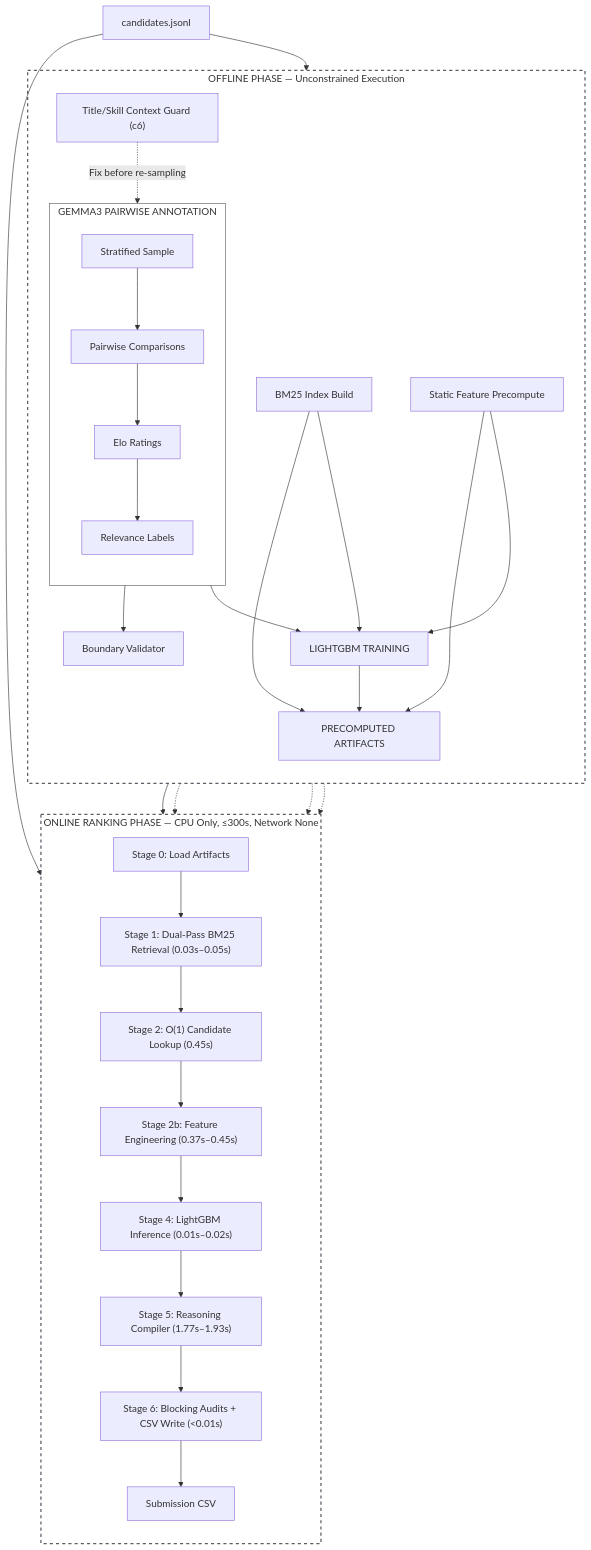
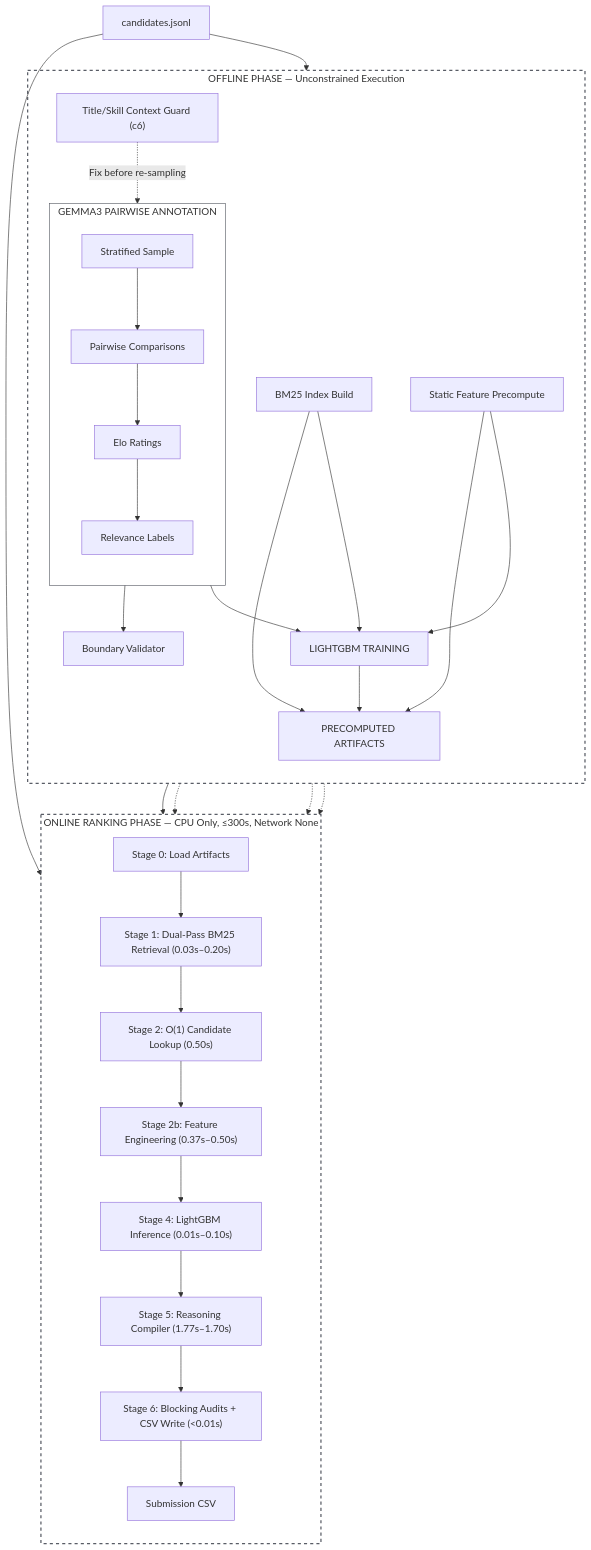
The diagram in README.md (Pranjal1342/-LLM-Trained-LambdaRank-Candidate-Engine), drawn with Mermaid before and after one commit. The commit also changed other lines of this file and 1 other file, not shown here.

```diff
--- a/README.md
+++ b/README.md
@@ -84,11 +84,11 @@
         direction TB
         
         stage_0["Stage 0: Load Artifacts"]
-        stage_1["Stage 1: Dual-Pass BM25 Retrieval (0.03s–0.05s)"]
-        stage_2["Stage 2: O(1) Candidate Lookup (0.45s)"]
-        stage_2b["Stage 2b: Feature Engineering (0.37s–0.45s)"]
-        stage_4["Stage 4: LightGBM Inference (0.01s–0.02s)"]
-        stage_5["Stage 5: Reasoning Compiler (1.77s–1.93s)"]
+        stage_1["Stage 1: Dual-Pass BM25 Retrieval (0.03s–0.20s)"]
+        stage_2["Stage 2: O(1) Candidate Lookup (0.50s)"]
+        stage_2b["Stage 2b: Feature Engineering (0.37s–0.50s)"]
+        stage_4["Stage 4: LightGBM Inference (0.01s–0.10s)"]
+        stage_5["Stage 5: Reasoning Compiler (1.77s–1.70s)"]
         stage_6["Stage 6: Blocking Audits + CSV Write (<0.01s)"]
         submission_csv["Submission CSV"]
 
```
